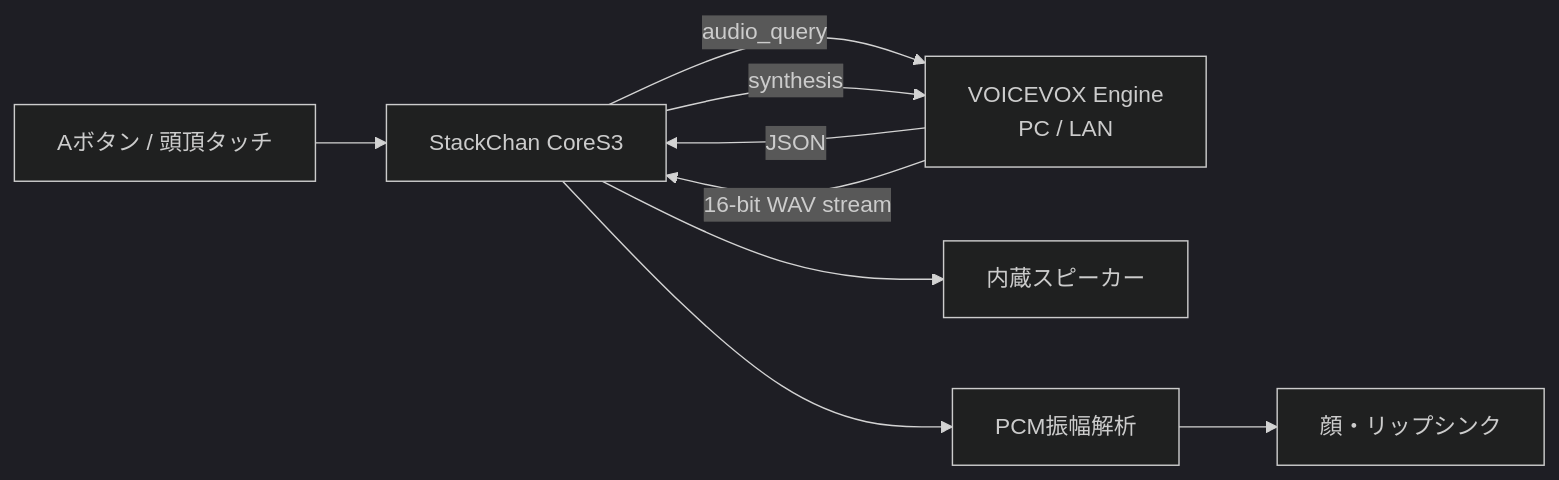
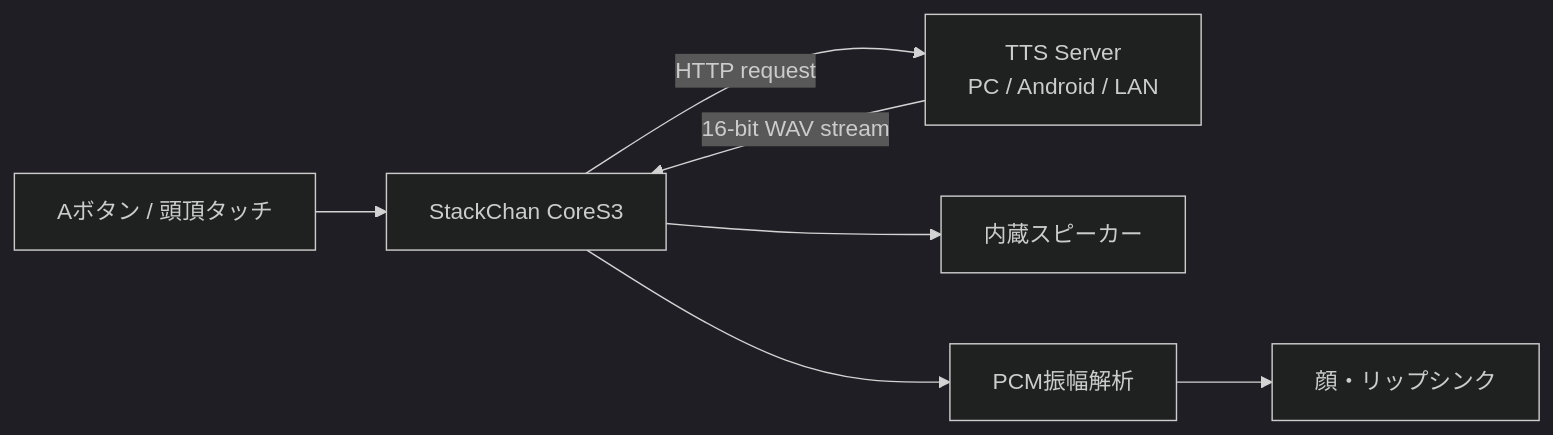
One commit to Xenoah/stackchan-codex changed the diagram in README.md. Above: the diagram before and after it, drawn with Mermaid (dark theme). The commit also changed other lines of this file and 6 other files, not shown here.

````diff
--- a/README.md
+++ b/README.md
@@ -43,11 +43,9 @@
 ```mermaid
 flowchart LR
     A[Aボタン / 頭頂タッチ] --> B[StackChan CoreS3]
-    B -->|audio_query| C[VOICEVOX Engine<br>PC / LAN]
-    C -->|JSON| B
-    B -->|synthesis| C
+    B -->|HTTP request| C[TTS Server<br>PC / Android / LAN]
     C -->|16-bit WAV stream| B
     B --> D[内蔵スピーカー]
     B --> E[PCM振幅解析]
     E --> F[顔・リップシンク]
 ```
````
